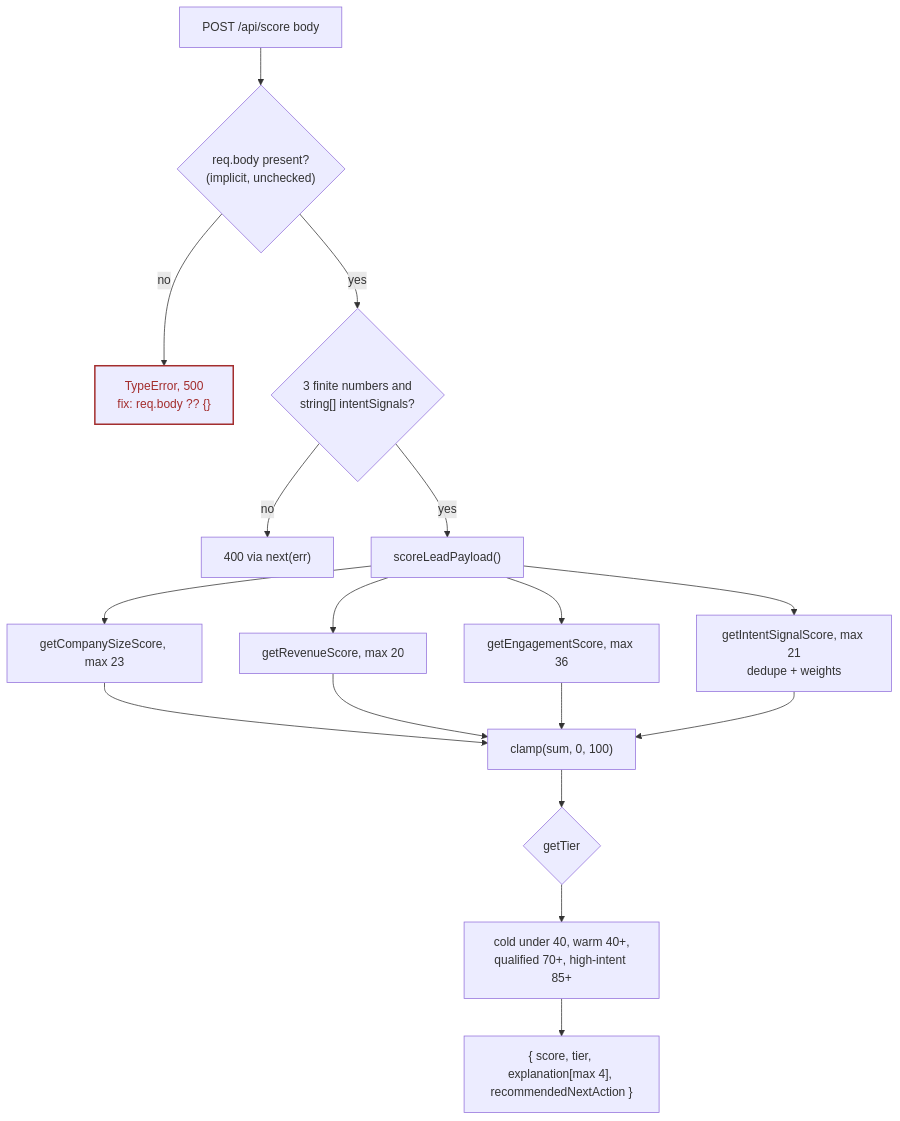
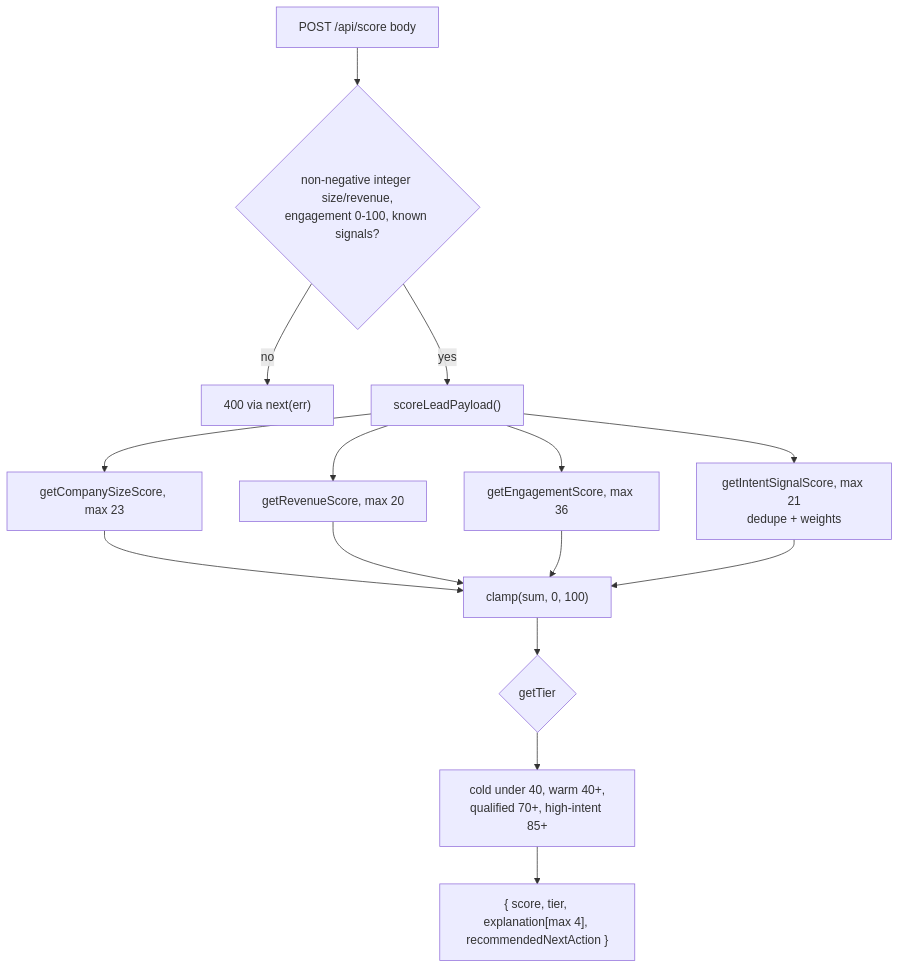
The second of 2 diagrams in architecture-diagrams.md (mizcausevic-dev/kinetic-api-gateway), drawn with Mermaid before and after one commit. The commit also changed other lines of this file and 11 other files, not shown here.

````diff
--- a/architecture-diagrams.md
+++ b/architecture-diagrams.md
@@ -38,15 +37,11 @@
 ```mermaid
 flowchart TD
-  body["POST /api/score body"] --> guard{"req.body present?<br/>(implicit, unchecked)"}
-  guard -- "no" --> e500["TypeError, 500<br/>fix: req.body ?? {}"]
-  guard -- "yes" --> valid{"3 finite numbers and<br/>string[] intentSignals?"}
+  body["POST /api/score body"] --> valid{"non-negative integer size/revenue,<br/>engagement 0-100, known signals?"}
   valid -- "no" --> e400["400 via next(err)"]
   valid -- "yes" --> sp["scoreLeadPayload()"]
   sp --> s1["getCompanySizeScore, max 23"] & s2["getRevenueScore, max 20"] & s3["getEngagementScore, max 36"] & s4["getIntentSignalScore, max 21<br/>dedupe + weights"]
   s1 & s2 & s3 & s4 --> clamp["clamp(sum, 0, 100)"]
   clamp --> tier{"getTier"}
   tier --> t["cold under 40, warm 40+,<br/>qualified 70+, high-intent 85+"]
   t --> out["{ score, tier, explanation[max 4], recommendedNextAction }"]
-  classDef bug stroke:#A32D2D,stroke-width:2px,color:#A32D2D
-  class e500 bug
 ```
````
